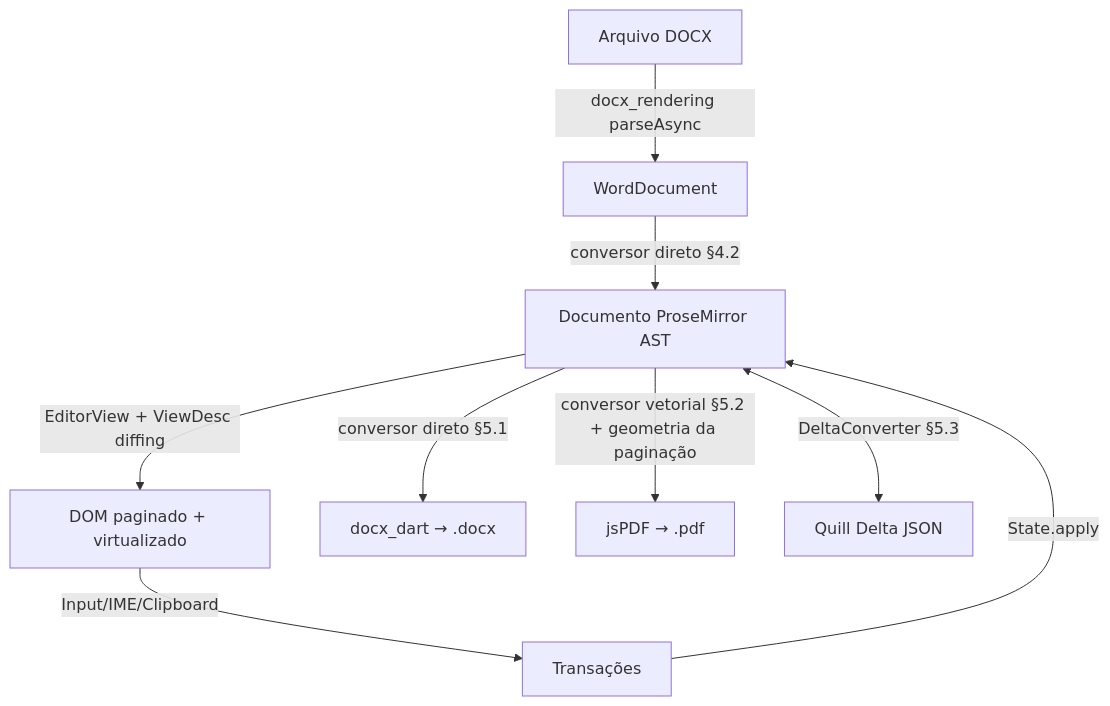
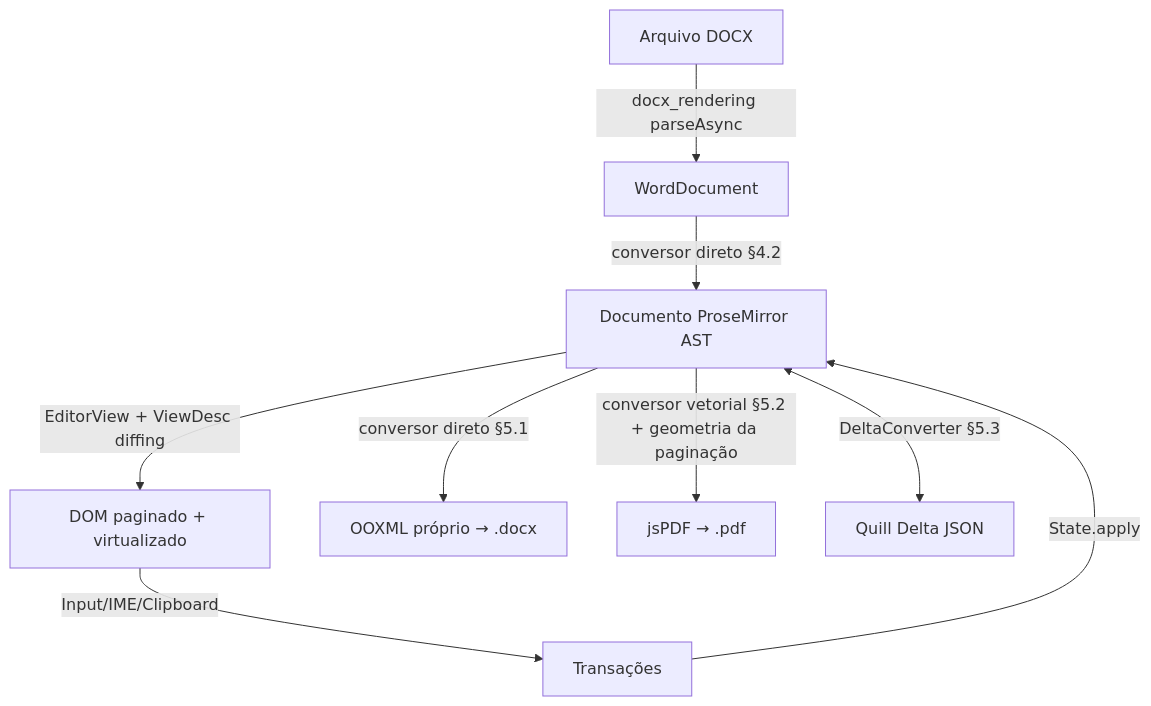
One commit to insinfo/docx_rendering changed the diagram in doc/plano_editor_completo.md. Above: the diagram before and after it, drawn with Mermaid. The commit also changed other lines of this file and 45 other files, not shown here.

````diff
--- a/doc/plano_editor_completo.md
+++ b/doc/plano_editor_completo.md
@@ -43,12 +43,12 @@
 ```mermaid
 graph TD
     DOCX[Arquivo DOCX] -->|docx_rendering parseAsync| WD[WordDocument]
     WD -->|conversor direto §4.2| PM_DOC[Documento ProseMirror AST]
     PM_DOC -->|EditorView + ViewDesc diffing| VIEW[DOM paginado + virtualizado]
     VIEW -->|Input/IME/Clipboard| TRANS[Transações]
     TRANS -->|State.apply| PM_DOC
 
-    PM_DOC -->|conversor direto §5.1| OUT_DOCX[docx_dart → .docx]
+    PM_DOC -->|conversor direto §5.1| OUT_DOCX[OOXML próprio → .docx]
     PM_DOC -->|conversor vetorial §5.2 + geometria da paginação| OUT_PDF[jsPDF → .pdf]
     PM_DOC <-->|DeltaConverter §5.3| QUILL[Quill Delta JSON]
 ```
````
